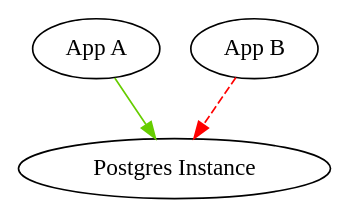
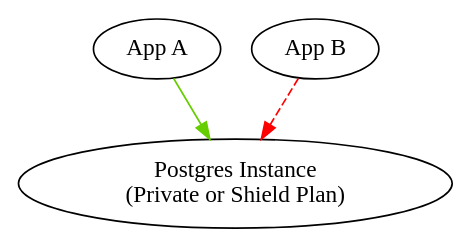
The diagram in example.dot (caseywatts/graphviz-tutorial), drawn with Graphviz before and after one commit. The commit also changed 1 other file, not shown here.

```diff
--- a/example.dot
+++ b/example.dot
@@ -1,4 +1,4 @@
 digraph G {
-    "App A" -> "Postgres Instance" [color=chartreuse3]
-    "App B" -> "Postgres Instance" [color=red, style=dashed]
+    "App A" -> "Postgres Instance\n(Private or Shield Plan)" [color=chartreuse3]
+    "App B" -> "Postgres Instance\n(Private or Shield Plan)" [color=red, style=dashed]
 }
```
